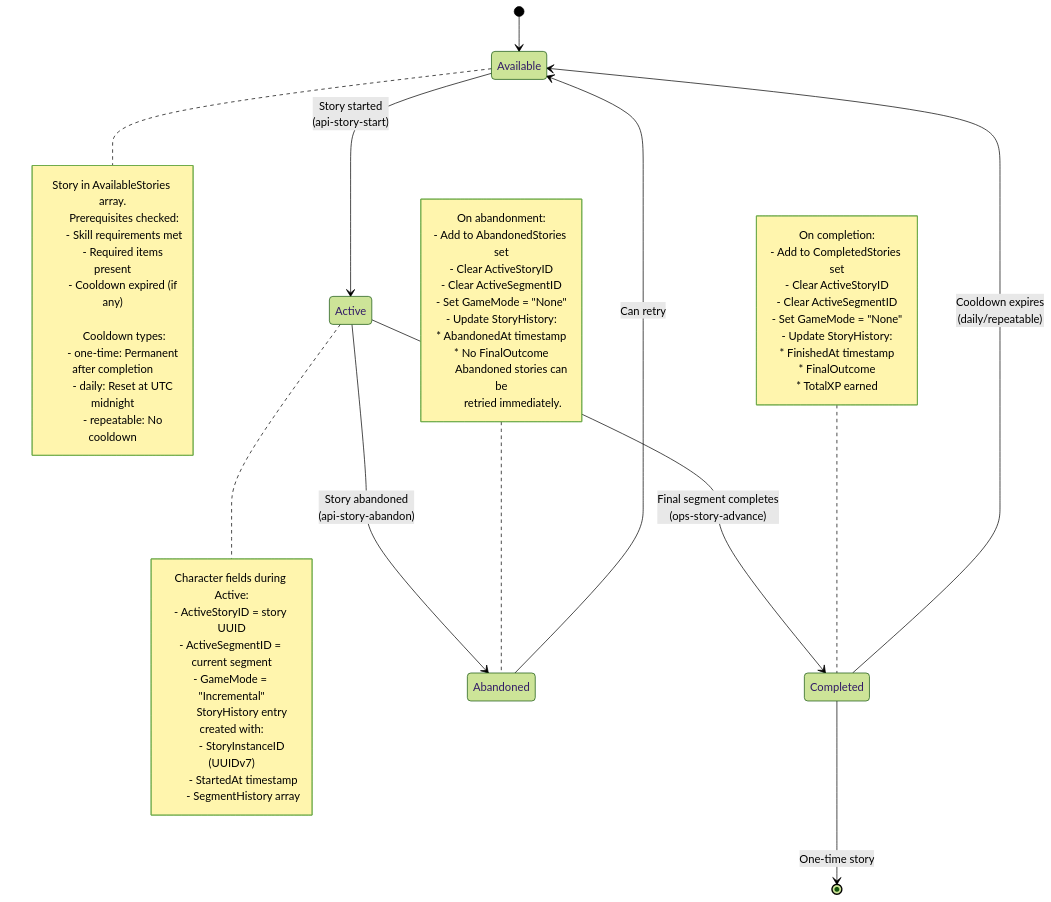
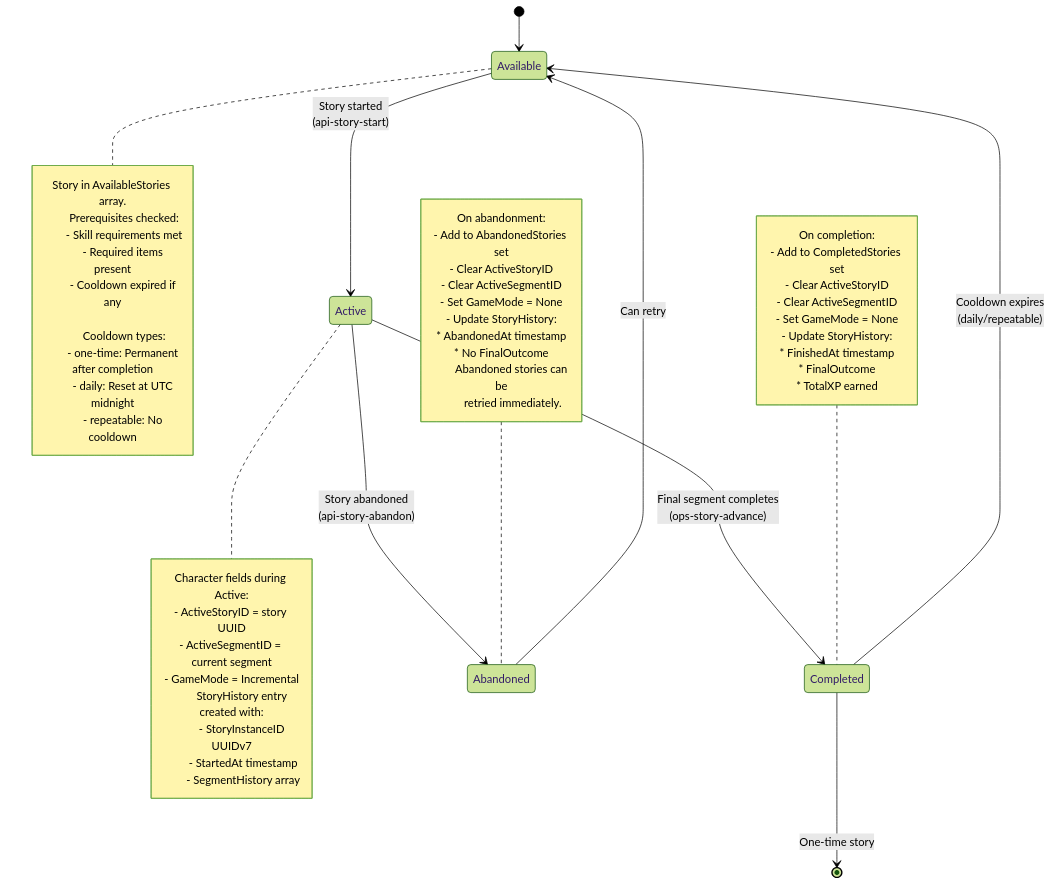
Before and after one commit to darkrelics/eidolon-engine: the sixth of 7 diagrams in documentation/architecture.md, drawn with Mermaid (forest theme). The commit also changed other lines of this file, not shown here.

````diff
--- a/documentation/architecture.md
+++ b/documentation/architecture.md
@@ -363,62 +369,62 @@
 ```mermaid
 stateDiagram-v2
     [*] --> Available
     Available --> Active: Story started<br/>(api-story-start)
     Active --> Completed: Final segment completes<br/>(ops-story-advance)
     Active --> Abandoned: Story abandoned<br/>(api-story-abandon)
     Completed --> Available: Cooldown expires<br/>(daily/repeatable)
     Completed --> [*]: One-time story
     Abandoned --> Available: Can retry
 
     note right of Available
         Story in AvailableStories array.
 
         Prerequisites checked:
         - Skill requirements met
         - Required items present
-        - Cooldown expired (if any)
+        - Cooldown expired if any
 
         Cooldown types:
         - one-time: Permanent after completion
         - daily: Reset at UTC midnight
         - repeatable: No cooldown
     end note
 
     note right of Active
         Character fields during Active:
         - ActiveStoryID = story UUID
         - ActiveSegmentID = current segment
-        - GameMode = "Incremental"
+        - GameMode = Incremental
 
         StoryHistory entry created with:
-        - StoryInstanceID (UUIDv7)
+        - StoryInstanceID UUIDv7
         - StartedAt timestamp
         - SegmentHistory array
     end note
 
     note left of Completed
         On completion:
         - Add to CompletedStories set
         - Clear ActiveStoryID
         - Clear ActiveSegmentID
-        - Set GameMode = "None"
+        - Set GameMode = None
         - Update StoryHistory:
           * FinishedAt timestamp
           * FinalOutcome
           * TotalXP earned
     end note
 
     note left of Abandoned
         On abandonment:
         - Add to AbandonedStories set
         - Clear ActiveStoryID
         - Clear ActiveSegmentID
-        - Set GameMode = "None"
+        - Set GameMode = None
         - Update StoryHistory:
           * AbandonedAt timestamp
           * No FinalOutcome
 
         Abandoned stories can be
         retried immediately.
     end note
 ```
````
